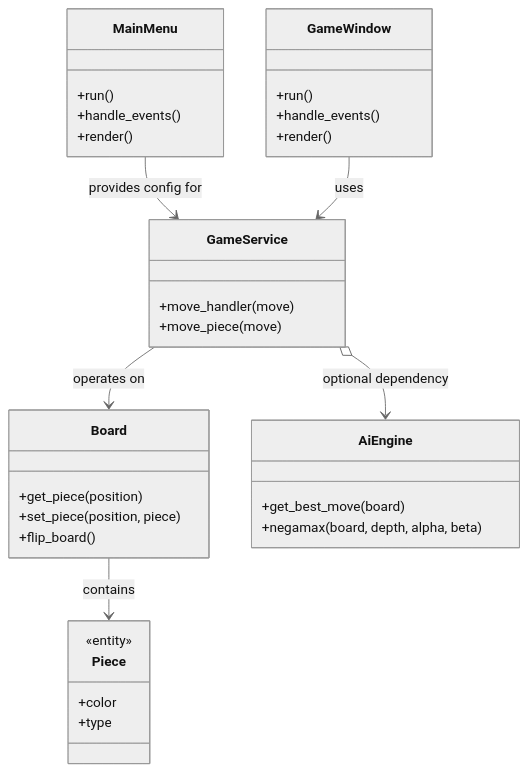
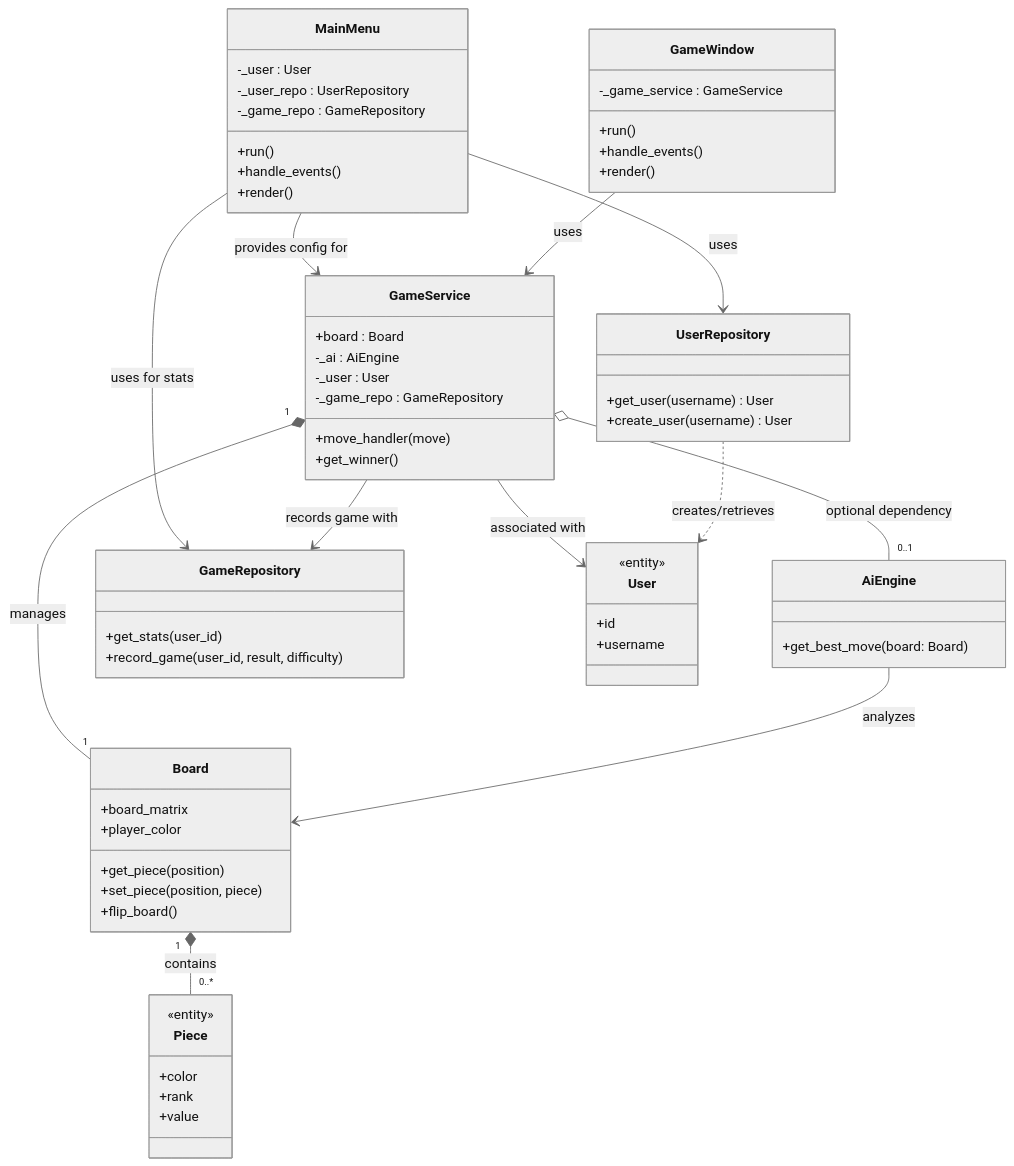
Before and after one commit to JuhoTurunen/chess-app: the first of 2 diagrams in documentation/architecture.md, drawn with Mermaid (neutral theme). The commit also changed other lines of this file, not shown here.

````diff
--- a/documentation/architecture.md
+++ b/documentation/architecture.md
@@ -4,46 +22,82 @@
 ```mermaid
 classDiagram
-    %% Main UI components
+    %% UI Layer
     class MainMenu {
       +run()
+      -_user : User
+      -_user_repo : UserRepository
+      -_game_repo : GameRepository
       +handle_events()
       +render()
     }
     class GameWindow {
       +run()
+      -_game_service : GameService
       +handle_events()
       +render()
     }
 
-    %% Core game logic/service
+    %% Engine Layer - Services
     class GameService {
+      +board : Board
+      -_ai : AiEngine
+      -_user : User
+      -_game_repo : GameRepository
       +move_handler(move)
-      +move_piece(move)
+      +get_winner()
+    }
+    class AiEngine {
+      +get_best_move(board: Board)
     }
 
-    %% Game entities
+    %% Engine Layer - Entities
     class Board {
+      +board_matrix
+      +player_color
       +get_piece(position)
       +set_piece(position, piece)
       +flip_board()
     }
     class Piece {
       <<entity>>
       +color
-      +type
+      +rank
+      +value
     }
 
-    %% AI engine
-    class AiEngine {
-      +get_best_move(board)
-      +negamax(board, depth, alpha, beta)
+    %% Persistence Layer - Repositories
+    class UserRepository {
+      +get_user(username) User
+      +create_user(username) User
+    }
+    class GameRepository {
+      +get_stats(user_id)
+      +record_game(user_id, result, difficulty)
+    }
+
+    %% Persistence Layer - Models/Entities
+    class User {
+      <<entity>>
+      +id
+      +username
     }
 
     %% Relationships
     MainMenu --> GameService : provides config for
+    MainMenu --> UserRepository : uses
+    MainMenu --> GameRepository : uses for stats
+
     GameWindow --> GameService : uses
-    GameService --> Board : operates on
-    Board --> Piece : contains
-    GameService o--> AiEngine : optional dependency
+
+    GameService "1" *-- "1" Board : manages
+    GameService o-- "0..1" AiEngine : optional dependency
+    GameService --> GameRepository : records game with
+    GameService --> User : associated with
+
+    AiEngine --> Board : analyzes
+
+    Board "1" *-- "0..*" Piece : contains
+
+    UserRepository ..> User : creates/retrieves
 
 ```
````
